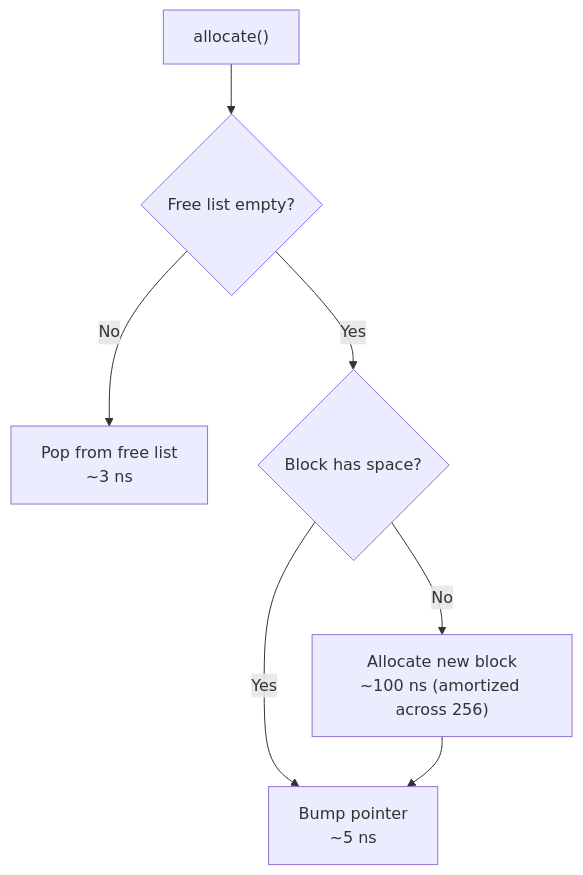
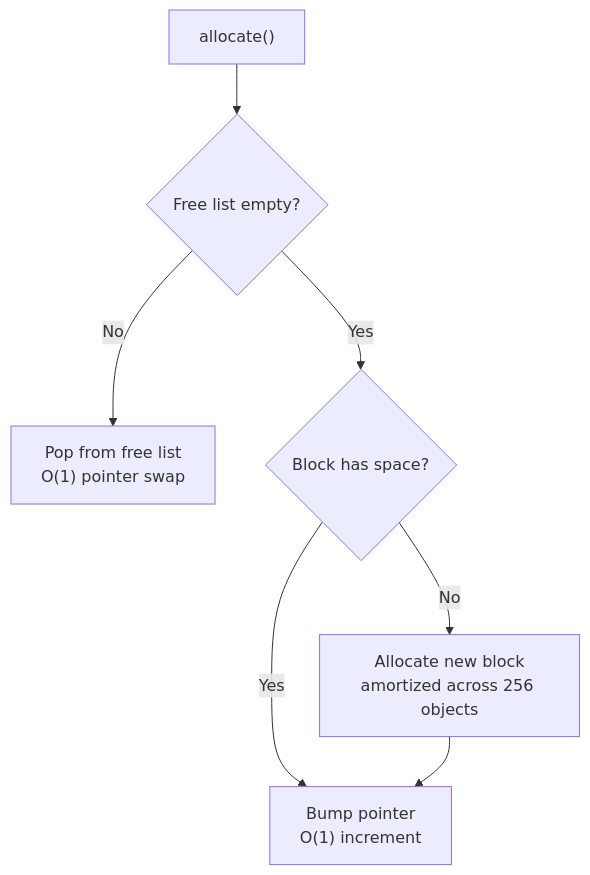
The diagram in components/AllocationStrategies/docs/User Manual - AllocationStrategies.md (schroedermatthew/FatP), drawn with Mermaid before and after one commit. The commit also changed other lines of this file and 40 other files, not shown here.

````diff
--- a/components/AllocationStrategies/docs/User Manual - AllocationStrategies.md
+++ b/components/AllocationStrategies/docs/User Manual - AllocationStrategies.md
@@ -102,9 +102,9 @@
 ```mermaid
 flowchart TD
     Alloc["allocate()"] --> FreeCheck{"Free list empty?"}
-    FreeCheck -->|No| Reuse["Pop from free list<br/>~3 ns"]
+    FreeCheck -->|No| Reuse["Pop from free list<br/>O(1) pointer swap"]
     FreeCheck -->|Yes| BumpCheck{"Block has space?"}
-    BumpCheck -->|Yes| Bump["Bump pointer<br/>~5 ns"]
-    BumpCheck -->|No| NewBlock["Allocate new block<br/>~100 ns (amortized across 256)"]
+    BumpCheck -->|Yes| Bump["Bump pointer<br/>O(1) increment"]
+    BumpCheck -->|No| NewBlock["Allocate new block<br/>amortized across 256 objects"]
     NewBlock --> Bump
 ```
````
